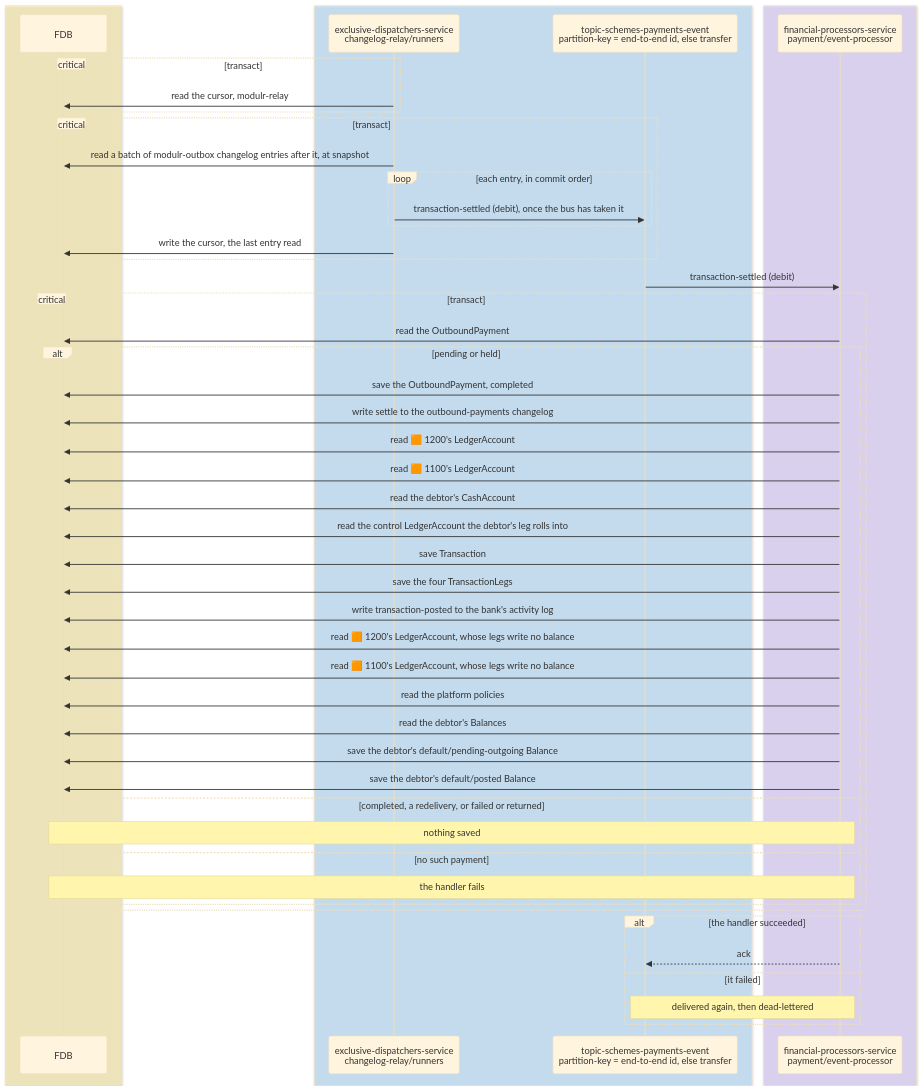
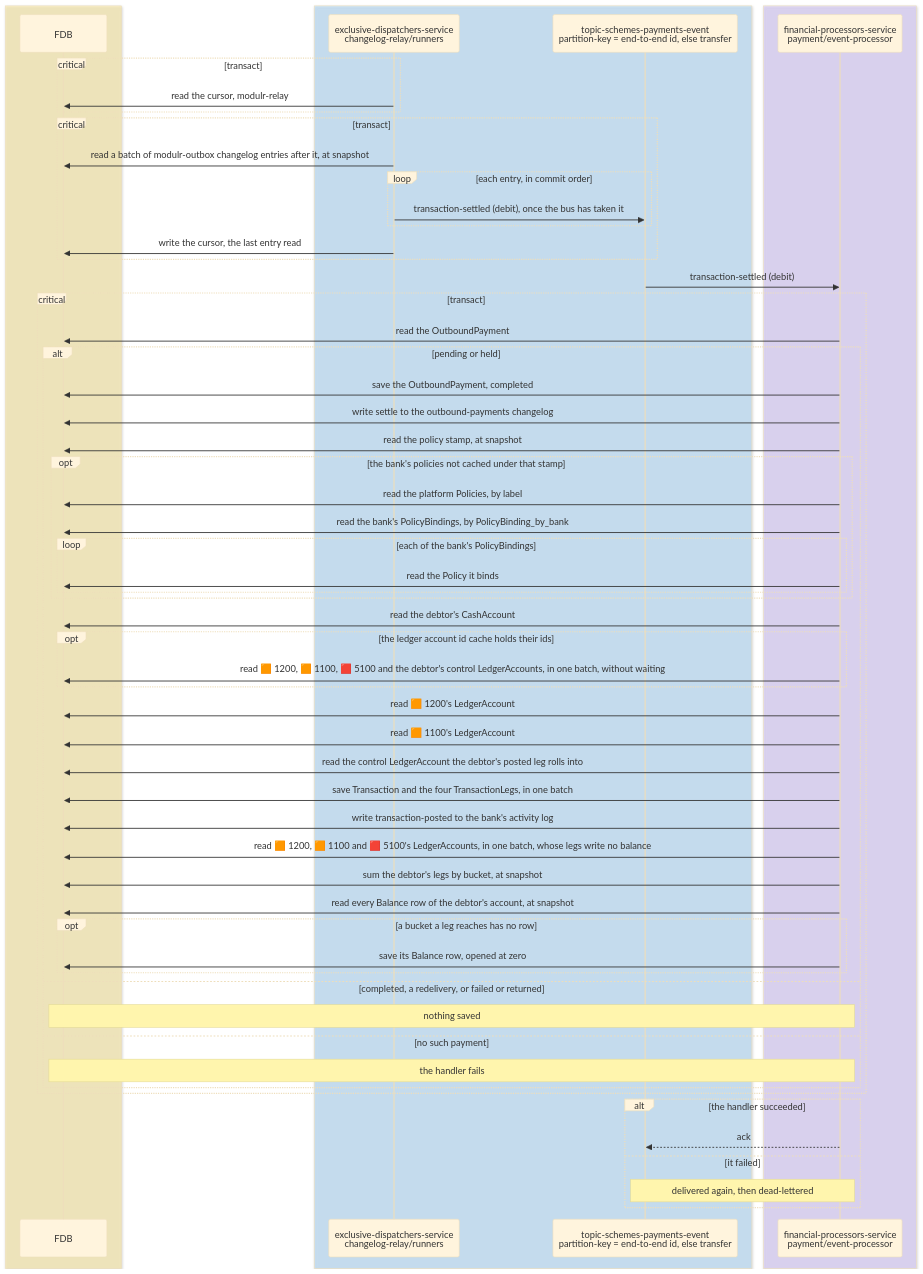
Before and after one commit to repldriven/queenswood: the ninth of 15 diagrams in docs/tdd/payments-outbound.md, drawn with Mermaid (base theme). The commit also changed other lines of this file and 29 other files, not shown here.

````diff
--- a/docs/tdd/payments-outbound.md
+++ b/docs/tdd/payments-outbound.md
@@ -479,53 +537,63 @@
 ```mermaid
 sequenceDiagram
     box rgba(255, 236, 153, 0.5)
     participant DB as FDB
     end
     box rgba(165, 216, 255, 0.45)
     participant OR as exclusive-dispatchers-service<br/>changelog-relay/runners
     participant SE as topic-schemes-payments-event<br/>partition-key = end-to-end id, else transfer
     end
     box rgba(208, 191, 255, 0.45)
     participant PE as financial-processors-service<br/>payment/event-processor
     end
     critical transact
     OR->>DB: read the cursor, modulr-relay
     end
     critical transact
     OR->>DB: read a batch of modulr-outbox changelog entries after it, at snapshot
     loop each entry, in commit order
     OR->>SE: transaction-settled (debit), once the bus has taken it
     end
     OR->>DB: write the cursor, the last entry read
     end
     SE->>PE: transaction-settled (debit)
     critical transact
     PE->>DB: read the OutboundPayment
     alt pending or held
     PE->>DB: save the OutboundPayment, completed
     PE->>DB: write settle to the outbound-payments changelog
+    PE->>DB: read the policy stamp, at snapshot
+    opt the bank's policies not cached under that stamp
+    PE->>DB: read the platform Policies, by label
+    PE->>DB: read the bank's PolicyBindings, by PolicyBinding_by_bank
+    loop each of the bank's PolicyBindings
+    PE->>DB: read the Policy it binds
+    end
+    end
+    PE->>DB: read the debtor's CashAccount
+    opt the ledger account id cache holds their ids
+    PE->>DB: read 🟧 1200, 🟧 1100, 🟥 5100 and the debtor's control LedgerAccounts, in one batch, without waiting
+    end
     PE->>DB: read 🟧 1200's LedgerAccount
     PE->>DB: read 🟧 1100's LedgerAccount
-    PE->>DB: read the debtor's CashAccount
-    PE->>DB: read the control LedgerAccount the debtor's leg rolls into
-    PE->>DB: save Transaction
-    PE->>DB: save the four TransactionLegs
+    PE->>DB: read the control LedgerAccount the debtor's posted leg rolls into
+    PE->>DB: save Transaction and the four TransactionLegs, in one batch
     PE->>DB: write transaction-posted to the bank's activity log
-    PE->>DB: read 🟧 1200's LedgerAccount, whose legs write no balance
-    PE->>DB: read 🟧 1100's LedgerAccount, whose legs write no balance
-    PE->>DB: read the platform policies
-    PE->>DB: read the debtor's Balances
-    PE->>DB: save the debtor's default/pending-outgoing Balance
-    PE->>DB: save the debtor's default/posted Balance
+    PE->>DB: read 🟧 1200, 🟧 1100 and 🟥 5100's LedgerAccounts, in one batch, whose legs write no balance
+    PE->>DB: sum the debtor's legs by bucket, at snapshot
+    PE->>DB: read every Balance row of the debtor's account, at snapshot
+    opt a bucket a leg reaches has no row
+    PE->>DB: save its Balance row, opened at zero
+    end
     else completed, a redelivery, or failed or returned
     Note over PE,DB: nothing saved
     else no such payment
     Note over PE,DB: the handler fails
     end
     end
     alt the handler succeeded
     PE-->>SE: ack
     else it failed
     Note over PE,SE: delivered again, then dead-lettered
     end
 ```
````
